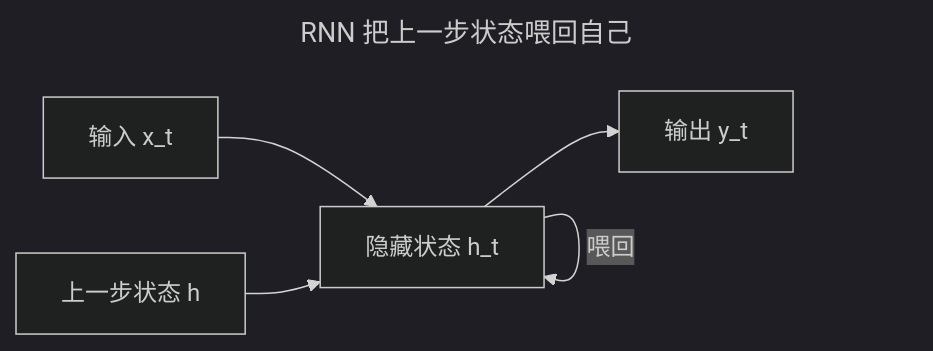
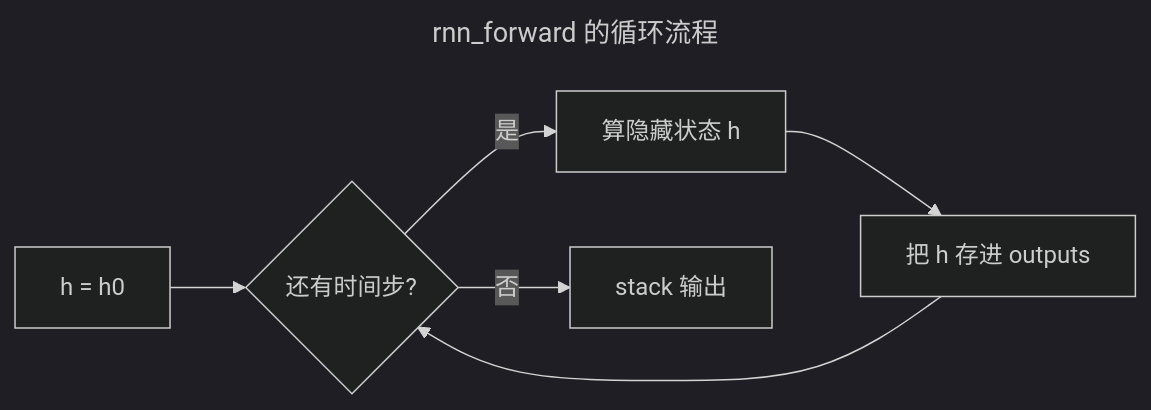
One commit to Joneyao/dl-from-scratch changed the third of 7 diagrams in docs/articles/15-rnn.md. Above: the diagram before and after it, drawn with Mermaid (dark theme). The commit also changed other lines of this file and 20 other files, not shown here.

Commit message:
docs(dl): 22篇深度扩写（8层模板）+ mermaid修复

````diff
--- a/docs/articles/15-rnn.md
+++ b/docs/articles/15-rnn.md
@@ -32,10 +102,11 @@
 ```mermaid
 ---
-title: RNN 把上一步状态喂回自己
+title: rnn_forward 的循环流程
 ---
 flowchart LR
-    A[输入 x_t] --> C[隐藏状态 h_t]
-    B[上一步状态 h] --> C
-    C --> D[输出 y_t]
-    C -->|喂回| C
+    A[h = h0] --> B{还有时间步?}
+    B -->|是| C[算隐藏状态 h]
+    C --> D[把 h 存进 outputs]
+    D --> B
+    B -->|否| E[stack 输出]
 ```
````
